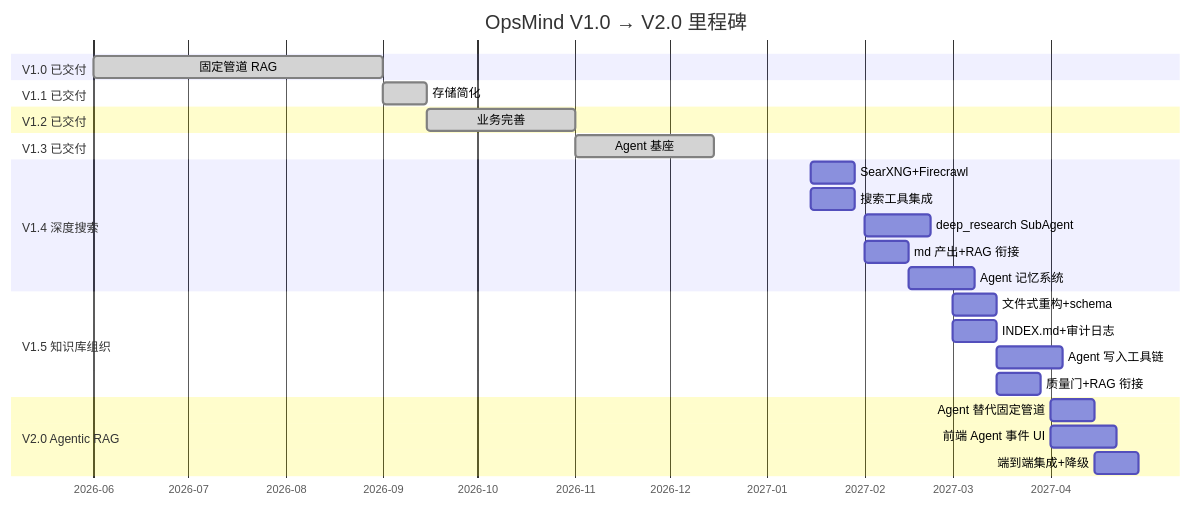
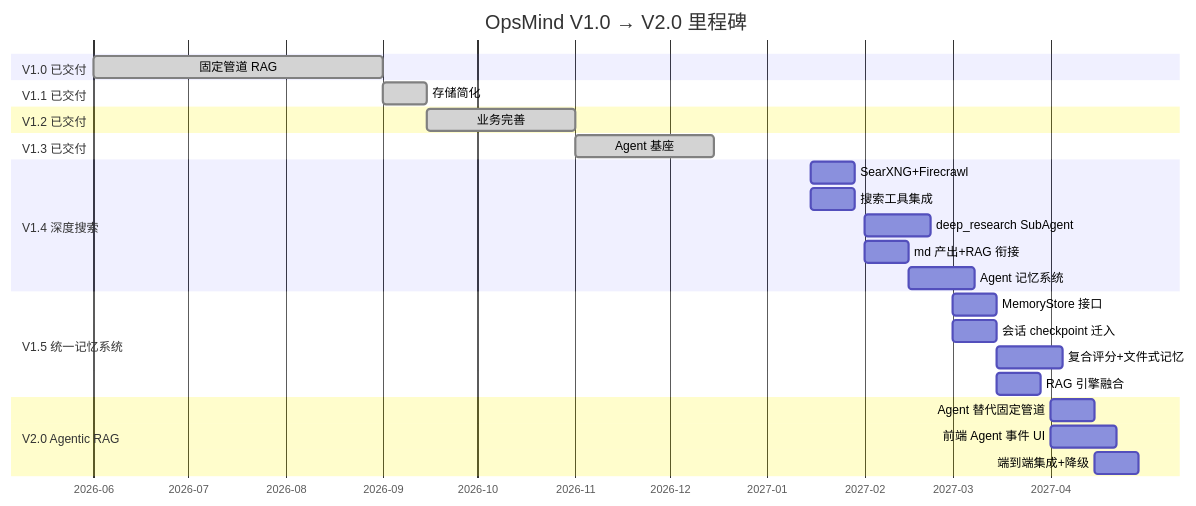
The tenth of 10 diagrams in docs/ROADMAP.md (int2t05/Cognik), drawn with Mermaid before and after one commit. The commit also changed other lines of this file, not shown here.

First line of the commit message:
docs(roadmap): 统一记忆系统 — 记忆+RAG+知识库统一为 Memory as a Tool

````diff
--- a/docs/ROADMAP.md
+++ b/docs/ROADMAP.md
@@ -582,36 +550,36 @@
 ```mermaid
 gantt
     title OpsMind V1.0 → V2.0 里程碑
     dateFormat YYYY-MM-DD
     axisFormat %Y-%m
 
     section V1.0 已交付
     固定管道 RAG         :done, v1, 2026-06-01, 2026-09-01
 
     section V1.1 已交付
     存储简化             :done, v11, 2026-09-01, 2026-09-15
 
     section V1.2 已交付
     业务完善             :done, v12, 2026-09-15, 2026-11-01
 
     section V1.3 已交付
     Agent 基座           :done, v13, 2026-11-01, 2026-12-15
 
     section V1.4 深度搜索
     SearXNG+Firecrawl    :v14a, 2027-01-15, 14d
     搜索工具集成          :v14b, 2027-01-15, 14d
     deep_research SubAgent :v14c, 2027-02-01, 21d
     md 产出+RAG 衔接      :v14d, 2027-02-01, 14d
     Agent 记忆系统       :v14e, 2027-02-15, 21d
 
-    section V1.5 知识库组织
-    文件式重构+schema    :v15a, 2027-03-01, 14d
-    INDEX.md+审计日志    :v15b, 2027-03-01, 14d
-    Agent 写入工具链     :v15c, 2027-03-15, 21d
-    质量门+RAG 衔接       :v15d, 2027-03-15, 14d
+    section V1.5 统一记忆系统
+    MemoryStore 接口     :v15a, 2027-03-01, 14d
+    会话 checkpoint 迁入  :v15b, 2027-03-01, 14d
+    复合评分+文件式记忆   :v15c, 2027-03-15, 21d
+    RAG 引擎融合          :v15d, 2027-03-15, 14d
 
     section V2.0 Agentic RAG
     Agent 替代固定管道    :v20a, 2027-04-01, 14d
     前端 Agent 事件 UI    :v20b, 2027-04-01, 21d
     端到端集成+降级       :v20c, 2027-04-15, 14d
 ```
````
